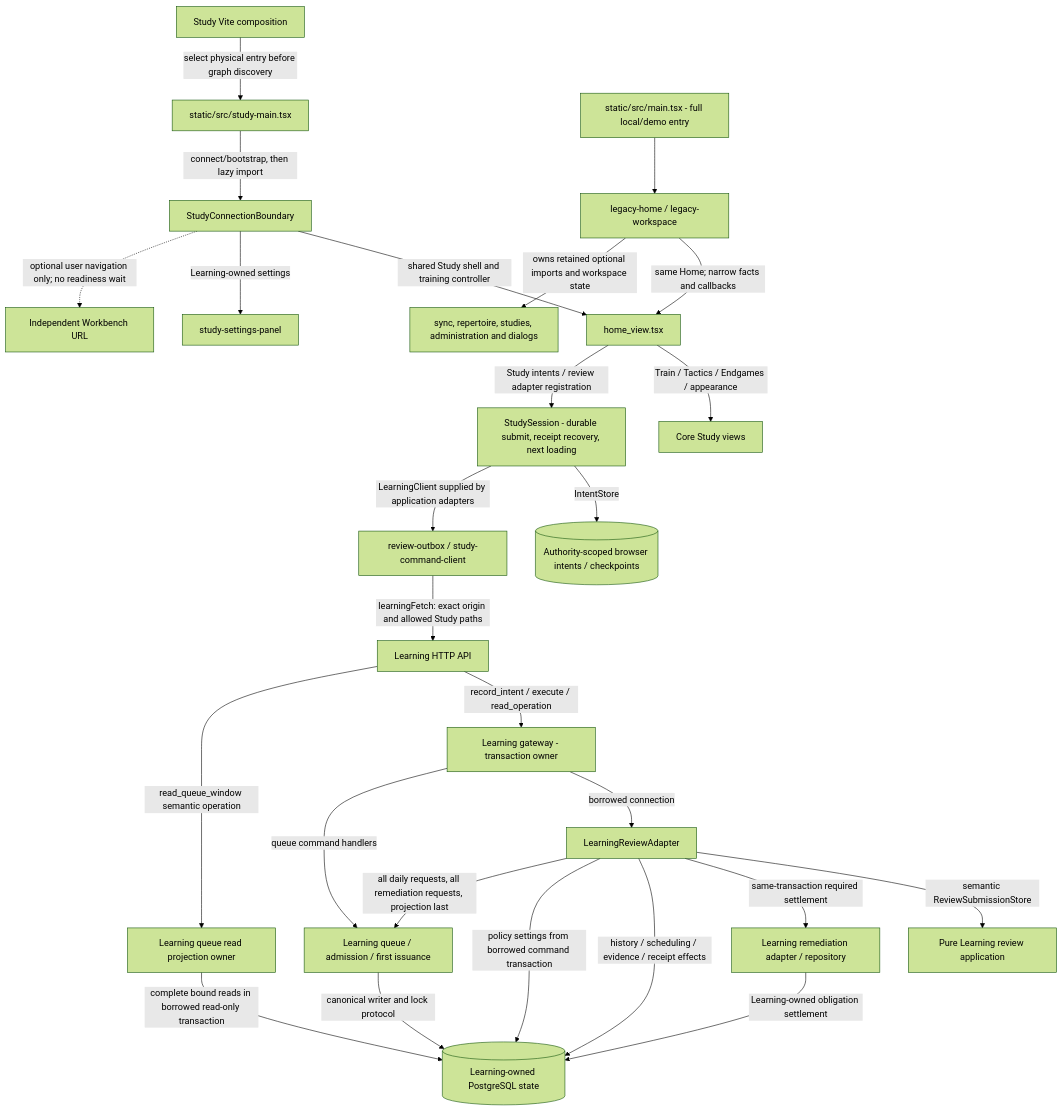
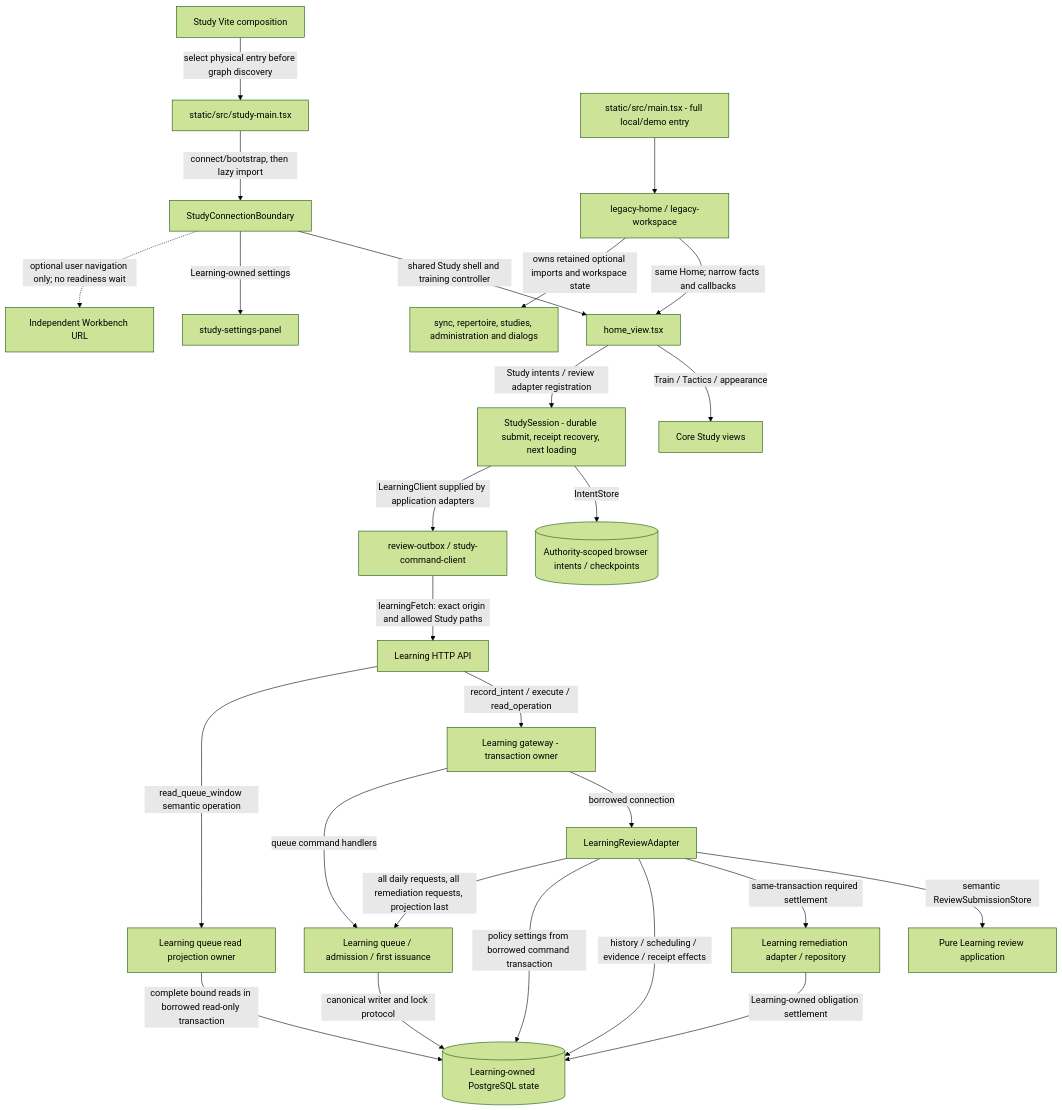
The first of 2 diagrams in app/README.md (aaweaver-actuary/tempo), drawn with Mermaid (forest theme) before and after one commit. The commit also changed other lines of this file and 188 other files, not shown here.

````diff
--- a/app/README.md
+++ b/app/README.md
@@ -28,28 +28,28 @@
 ```mermaid
 flowchart TB
   Build["Study Vite composition"] -->|"select physical entry before graph discovery"| Entry["static/src/study-main.tsx"]
   Entry -->|"connect/bootstrap, then lazy import"| Boundary["StudyConnectionBoundary"]
   Boundary -->|"shared Study shell and training controller"| Home["home_view.tsx"]
-  Home -->|"Train / Tactics / Endgames / appearance"| StudyUI["Core Study views"]
+  Home -->|"Train / Tactics / appearance"| StudyUI["Core Study views"]
   Boundary -->|"Learning-owned settings"| Settings["study-settings-panel"]
   Home -->|"Study intents / review adapter registration"| Session["StudySession - durable submit, receipt recovery, next loading"]
   Session -->|"IntentStore"| Browser[("Authority-scoped browser intents / checkpoints")]
   Session -->|"LearningClient supplied by application adapters"| Adapter["review-outbox / study-command-client"]
   Adapter -->|"learningFetch: exact origin and allowed Study paths"| HTTP["Learning HTTP API"]
   HTTP -->|"record_intent / execute / read_operation"| Gateway["Learning gateway - transaction owner"]
   Gateway -->|"borrowed connection"| Review["LearningReviewAdapter"]
   Review -->|"semantic ReviewSubmissionStore"| App["Pure Learning review application"]
   Gateway -->|"queue command handlers"| Queue["Learning queue / admission / first issuance"]
   Review -->|"same-transaction required settlement"| Remediation["Learning remediation adapter / repository"]
   Review -->|"history / scheduling / evidence / receipt effects"| DB[("Learning-owned PostgreSQL state")]
   HTTP -->|"read_queue_window semantic operation"| Projection["Learning queue read projection owner"]
   Projection -->|"complete bound reads in borrowed read-only transaction"| DB
   Review -->|"policy settings from borrowed command transaction"| DB
   Review -->|"all daily requests, all remediation requests, projection last"| Queue
   Queue -->|"canonical writer and lock protocol"| DB
   Remediation -->|"Learning-owned obligation settlement"| DB
   Full["static/src/main.tsx - full local/demo entry"] --> Legacy["legacy-home / legacy-workspace"]
   Legacy -->|"same Home; narrow facts and callbacks"| Home
   Legacy -->|"owns retained optional imports and workspace state"| Optional["sync, repertoire, studies, administration and dialogs"]
   Boundary -.->|"optional user navigation only; no readiness wait"| WB["Independent Workbench URL"]
 ```
````
